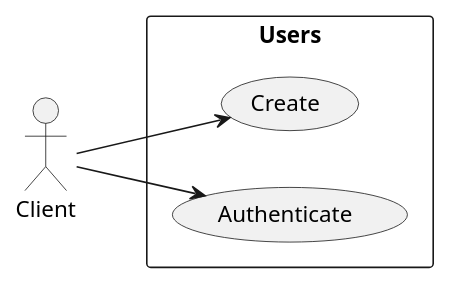
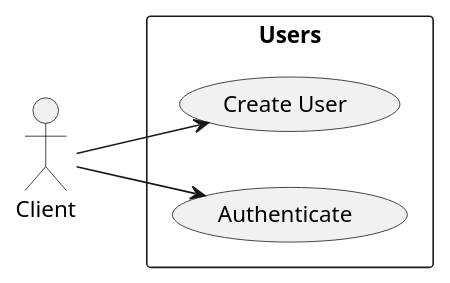
Before and after one commit to orion-services/users: the diagram in docs/usecases/UseCases.puml, drawn with PlantUML. The commit also changed 3 other files, not shown here.

```diff
--- a/docs/usecases/UseCases.puml
+++ b/docs/usecases/UseCases.puml
@@ -1,13 +1,13 @@
 @startuml
 left to right direction
 
 actor "Client" as client
 
 rectangle Users{
-    usecase "Create" as UC1
+    usecase "Create User" as UC1
     usecase "Authenticate" as UC2
 }
 
 client -->  UC1
 client -->  UC2
 @enduml
```
